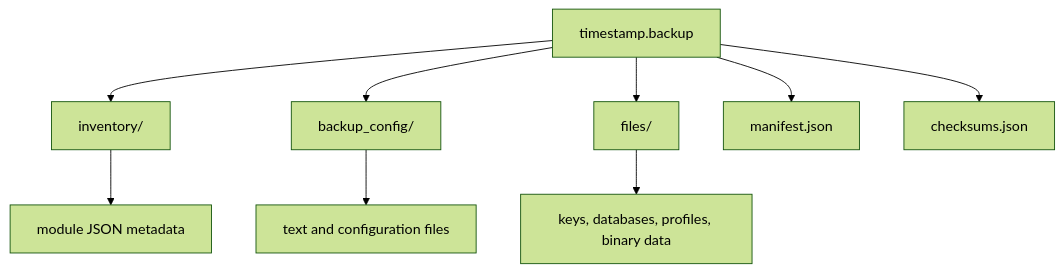
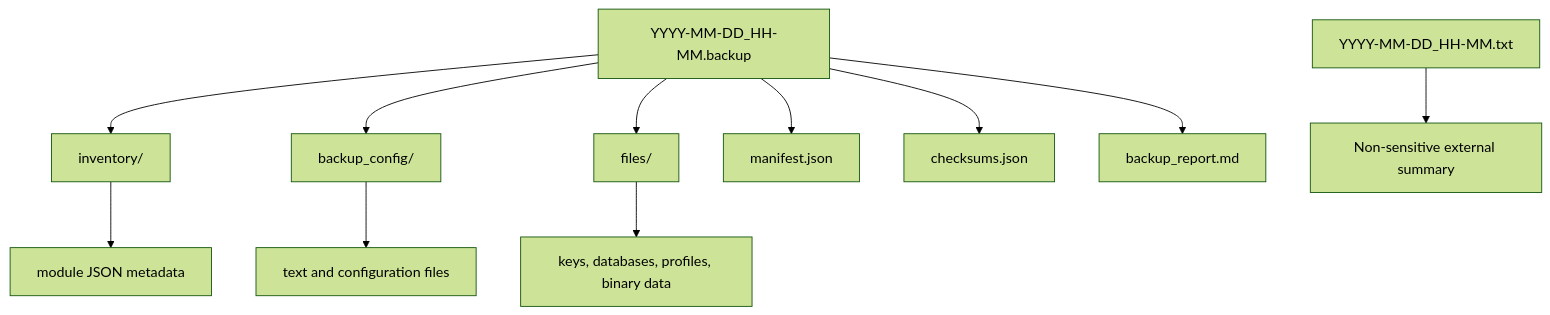
The fourth of 5 diagrams in README.md (Flaivo/macRestore), drawn with Mermaid (forest theme) before and after one commit. The commit also changed other lines of this file and 16 other files, not shown here.

````diff
--- a/README.md
+++ b/README.md
@@ -330,11 +337,13 @@
 ```mermaid
 flowchart TD
-    Root["timestamp.backup"] --> Inventory["inventory/"]
+    Root["YYYY-MM-DD_HH-MM.backup"] --> Inventory["inventory/"]
     Root --> Config["backup_config/"]
     Root --> Files["files/"]
     Root --> Manifest["manifest.json"]
     Root --> Checksums["checksums.json"]
+    Root --> Detailed["backup_report.md"]
+    External["YYYY-MM-DD_HH-MM.txt"] --> Summary["Non-sensitive external summary"]
     Inventory --> Metadata["module JSON metadata"]
     Config --> Text["text and configuration files"]
     Files --> Binary["keys, databases, profiles, binary data"]
 ```
````
